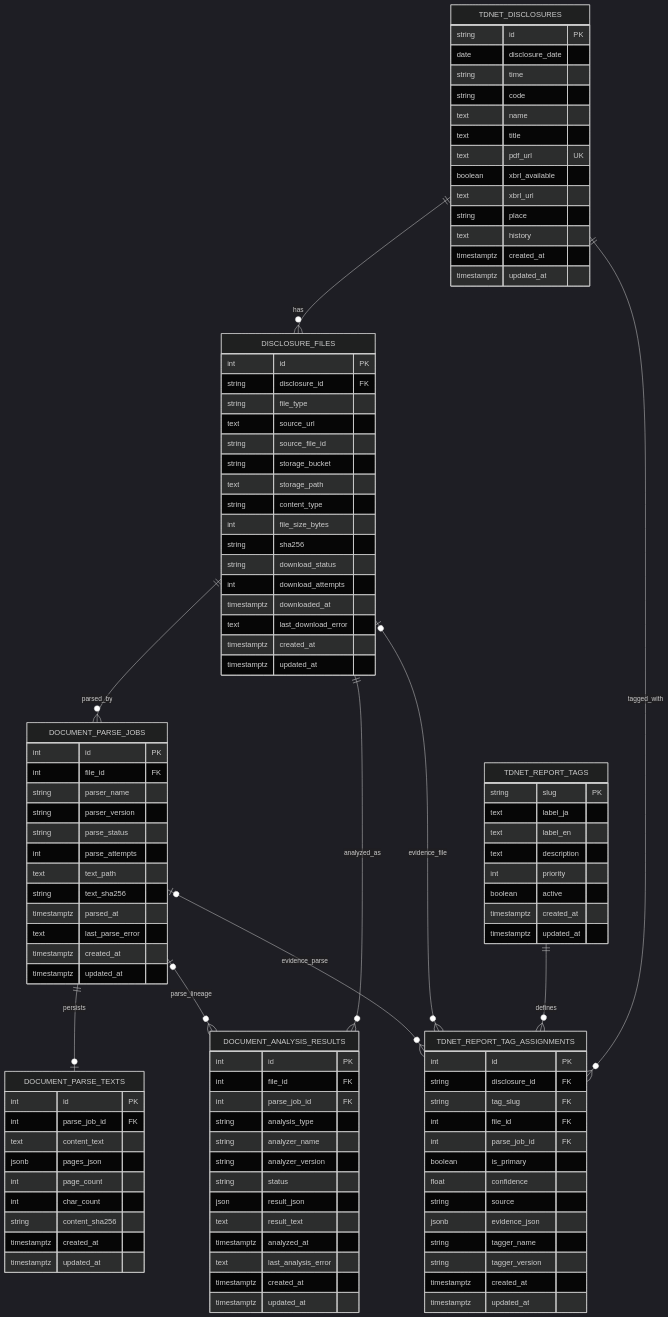
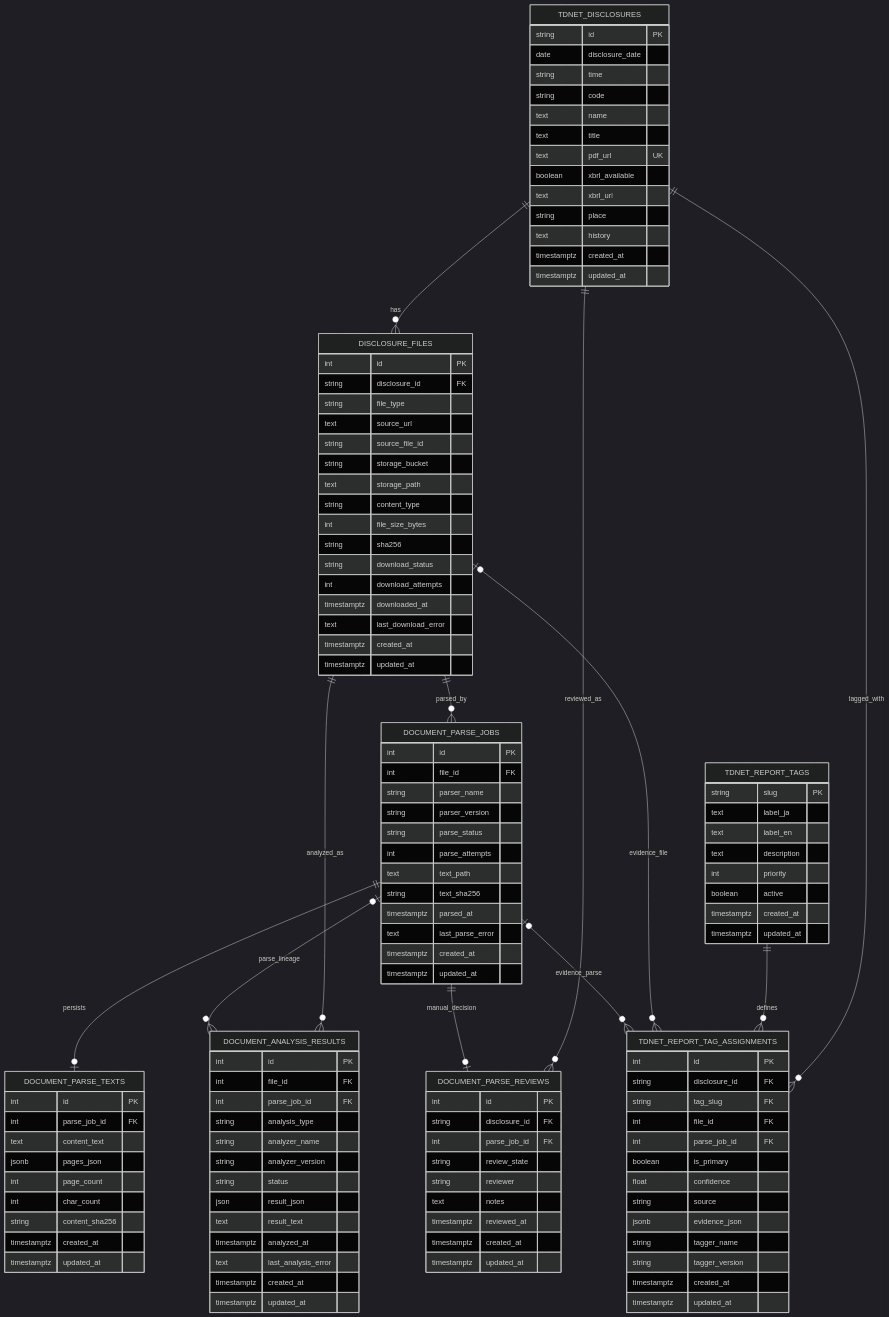
The diagram in docs/data-model.md (nrm176/tdnet-scrapping-app), drawn with Mermaid (dark theme) before and after one commit. The commit also changed other lines of this file and 10 other files, not shown here.

Commit message:
Add manual parse review workflow

```diff
--- a/docs/data-model.md
+++ b/docs/data-model.md
@@ -12,6 +12,8 @@
   TDNET_DISCLOSURES ||--o{ DISCLOSURE_FILES : has
   DISCLOSURE_FILES ||--o{ DOCUMENT_PARSE_JOBS : parsed_by
   DOCUMENT_PARSE_JOBS ||--o| DOCUMENT_PARSE_TEXTS : persists
+  TDNET_DISCLOSURES ||--o{ DOCUMENT_PARSE_REVIEWS : reviewed_as
+  DOCUMENT_PARSE_JOBS ||--o| DOCUMENT_PARSE_REVIEWS : manual_decision
   DISCLOSURE_FILES ||--o{ DOCUMENT_ANALYSIS_RESULTS : analyzed_as
   DOCUMENT_PARSE_JOBS |o--o{ DOCUMENT_ANALYSIS_RESULTS : parse_lineage
   TDNET_DISCLOSURES ||--o{ TDNET_REPORT_TAG_ASSIGNMENTS : tagged_with
@@ -81,6 +83,18 @@
     timestamptz updated_at
   }
 
+  DOCUMENT_PARSE_REVIEWS {
+    int id PK
+    string disclosure_id FK
+    int parse_job_id FK
+    string review_state
+    string reviewer
+    text notes
+    timestamptz reviewed_at
+    timestamptz created_at
+    timestamptz updated_at
+  }
+
   DOCUMENT_ANALYSIS_RESULTS {
     int id PK
     int file_id FK
```
